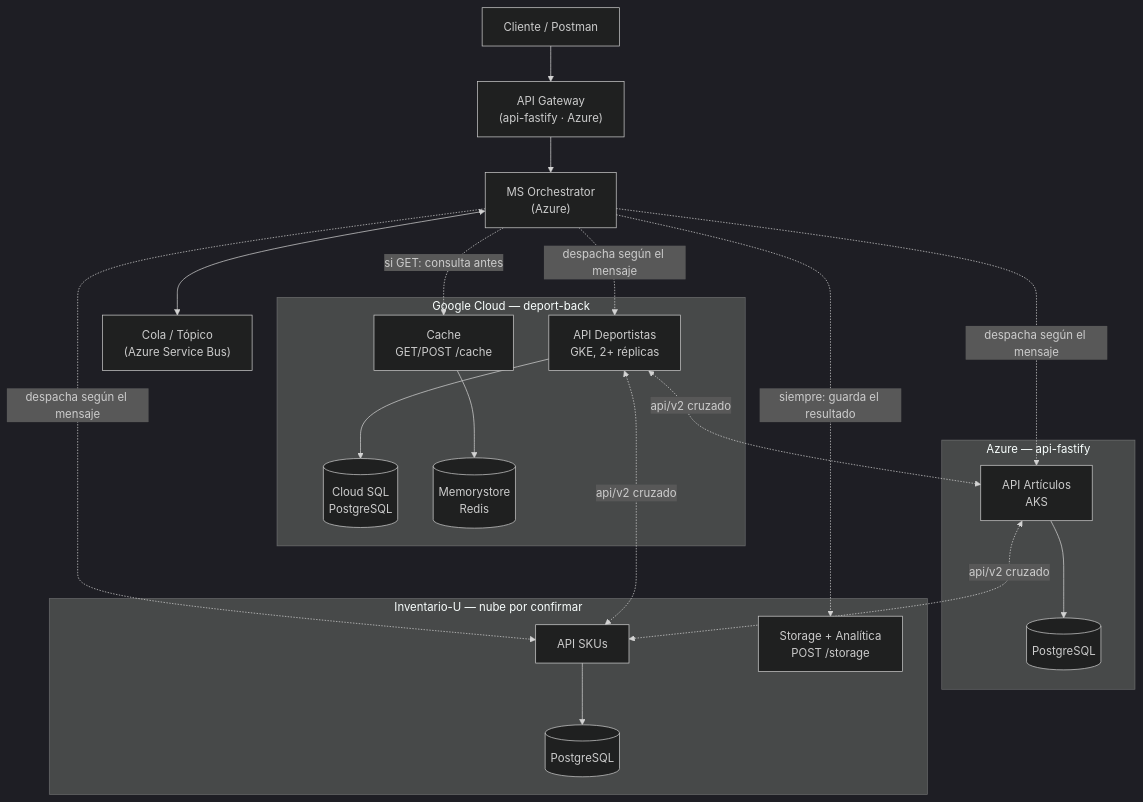
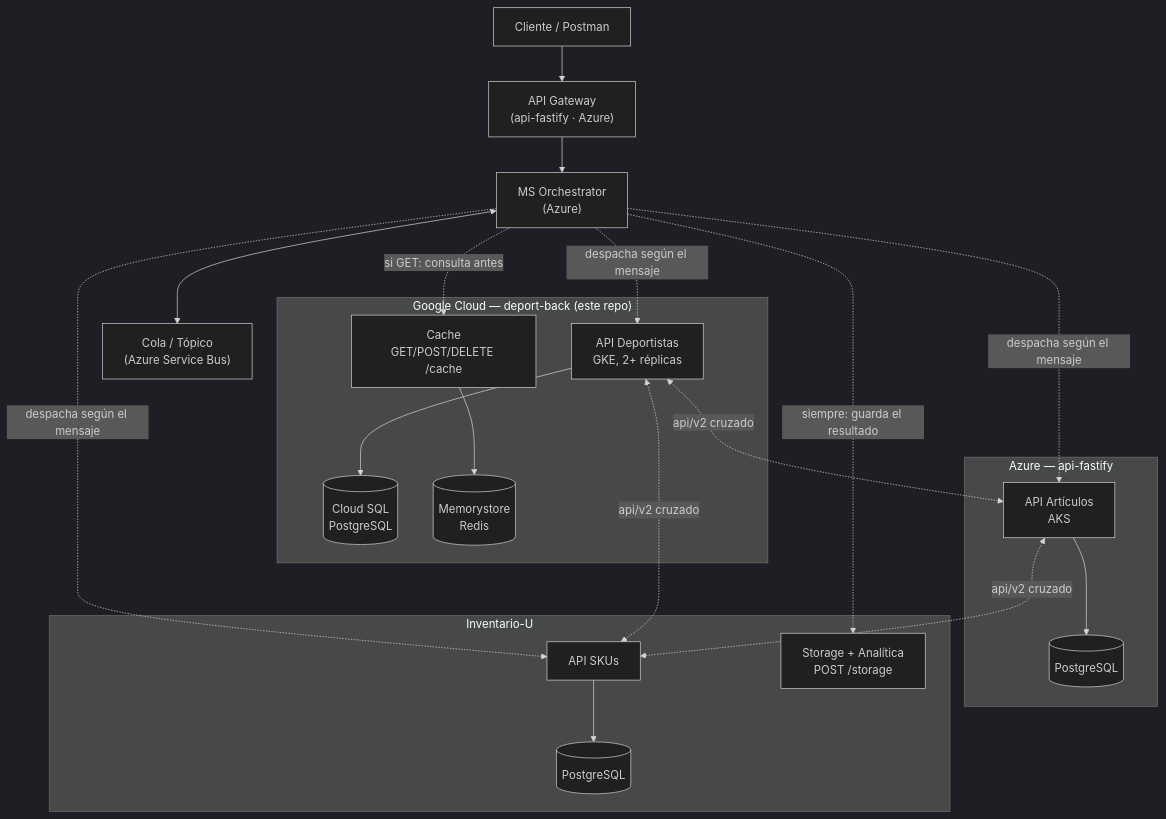
The diagram in README.md (redundante3452/deportBack), drawn with Mermaid (dark theme) before and after one commit. The commit also changed other lines of this file, not shown here.

Commit message:
📝 docs: reescribir el README como pieza de portafolio, con foco en la ingeniería de nube

````diff
--- a/README.md
+++ b/README.md
@@ -30,38 +30,38 @@
 ```mermaid
 graph TD
     Cliente["Cliente / Postman"] --> Gateway["API Gateway<br/>(api-fastify · Azure)"]
     Gateway --> Orq["MS Orchestrator<br/>(Azure)"]
     Orq <--> Cola["Cola / Tópico<br/>(Azure Service Bus)"]
 
-    subgraph GCP["Google Cloud — deport-back"]
+    subgraph GCP["Google Cloud — deport-back (este repo)"]
         DB[("Cloud SQL<br/>PostgreSQL")]
         Redis[("Memorystore<br/>Redis")]
         API_DB["API Deportistas<br/>GKE, 2+ réplicas"]
-        Cache["Cache<br/>GET/POST /cache"]
+        Cache["Cache<br/>GET/POST/DELETE /cache"]
         API_DB --> DB
         Cache --> Redis
     end
 
     subgraph AZ["Azure — api-fastify"]
         API_AF["API Artículos<br/>AKS"]
         DB_AF[("PostgreSQL")]
         API_AF --> DB_AF
     end
 
-    subgraph INV["Inventario-U — nube por confirmar"]
+    subgraph INV["Inventario-U"]
         API_INV["API SKUs"]
         Storage["Storage + Analítica<br/>POST /storage"]
         DB_INV[("PostgreSQL")]
         API_INV --> DB_INV
     end
 
     Orq -.->|"despacha según el mensaje"| API_DB
     Orq -.->|"despacha según el mensaje"| API_AF
     Orq -.->|"despacha según el mensaje"| API_INV
     Orq -.->|"si GET: consulta antes"| Cache
     Orq -.->|"siempre: guarda el resultado"| Storage
 
     API_DB <-.->|"api/v2 cruzado"| API_AF
     API_AF <-.->|"api/v2 cruzado"| API_INV
     API_DB <-.->|"api/v2 cruzado"| API_INV
 ```
````
